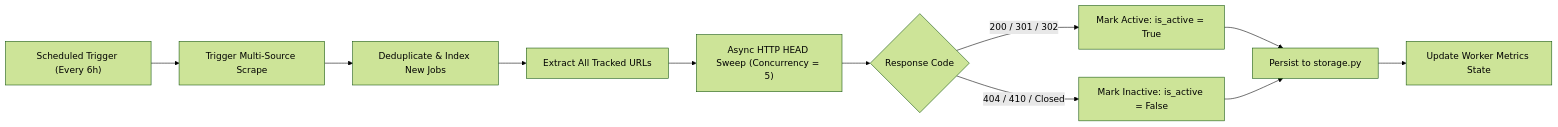
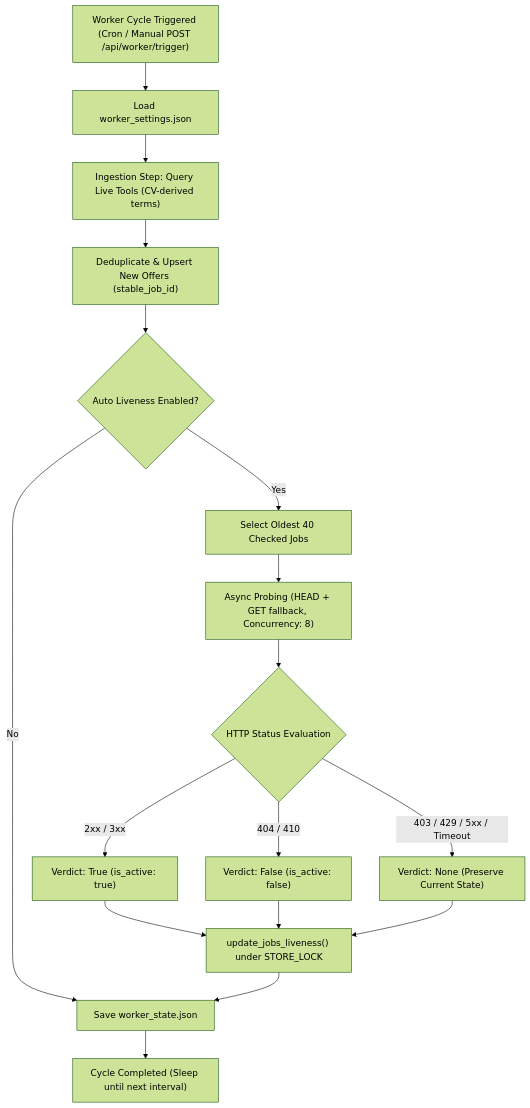
One commit to AladinAzz/intern-reach changed the third of 3 diagrams in docs/ARCHITECTURE.md. Above: the diagram before and after it, drawn with Mermaid (forest theme). The commit also changed other lines of this file and 5 other files, not shown here.

Commit message:
docs: update README, ARCHITECTURE, API, CHANGELOG, and add ADR-004 per documentation-templates

````diff
--- a/docs/ARCHITECTURE.md
+++ b/docs/ARCHITECTURE.md
@@ -104,13 +104,23 @@
 ```mermaid
-flowchart LR
-    A["Scheduled Trigger (Every 6h)"] --> B["Trigger Multi-Source Scrape"]
-    B --> C["Deduplicate & Index New Jobs"]
-    C --> D["Extract All Tracked URLs"]
-    D --> E["Async HTTP HEAD Sweep (Concurrency = 5)"]
-    E --> F{"Response Code"}
-    F -->|200 / 301 / 302| G["Mark Active: is_active = True"]
-    F -->|404 / 410 / Closed| H["Mark Inactive: is_active = False"]
-    G --> I["Persist to storage.py"]
-    H --> I
-    I --> J["Update Worker Metrics State"]
+flowchart TD
+    Start["Worker Cycle Triggered (Cron / Manual POST /api/worker/trigger)"] --> ReadConfig["Load worker_settings.json"]
+    ReadConfig --> IngestionStep["Ingestion Step: Query Live Tools (CV-derived terms)"]
+    IngestionStep --> Deduplicate["Deduplicate & Upsert New Offers (stable_job_id)"]
+    Deduplicate --> LivenessCheck{"Auto Liveness Enabled?"}
+    
+    LivenessCheck -- Yes --> BatchSelection["Select Oldest 40 Checked Jobs"]
+    BatchSelection --> ProbeHTTP["Async Probing (HEAD + GET fallback, Concurrency: 8)"]
+    ProbeHTTP --> EvalVerdict{"HTTP Status Evaluation"}
+    
+    EvalVerdict -- "2xx / 3xx" --> MarkActive["Verdict: True (is_active: true)"]
+    EvalVerdict -- "404 / 410" --> MarkClosed["Verdict: False (is_active: false)"]
+    EvalVerdict -- "403 / 429 / 5xx / Timeout" --> KeepState["Verdict: None (Preserve Current State)"]
+    
+    MarkActive --> UpdateStorage["update_jobs_liveness() under STORE_LOCK"]
+    MarkClosed --> UpdateStorage
+    KeepState --> UpdateStorage
+    
+    LivenessCheck -- No --> SaveState["Save worker_state.json"]
+    UpdateStorage --> SaveState
+    SaveState --> End["Cycle Completed (Sleep until next interval)"]
 ```
````
